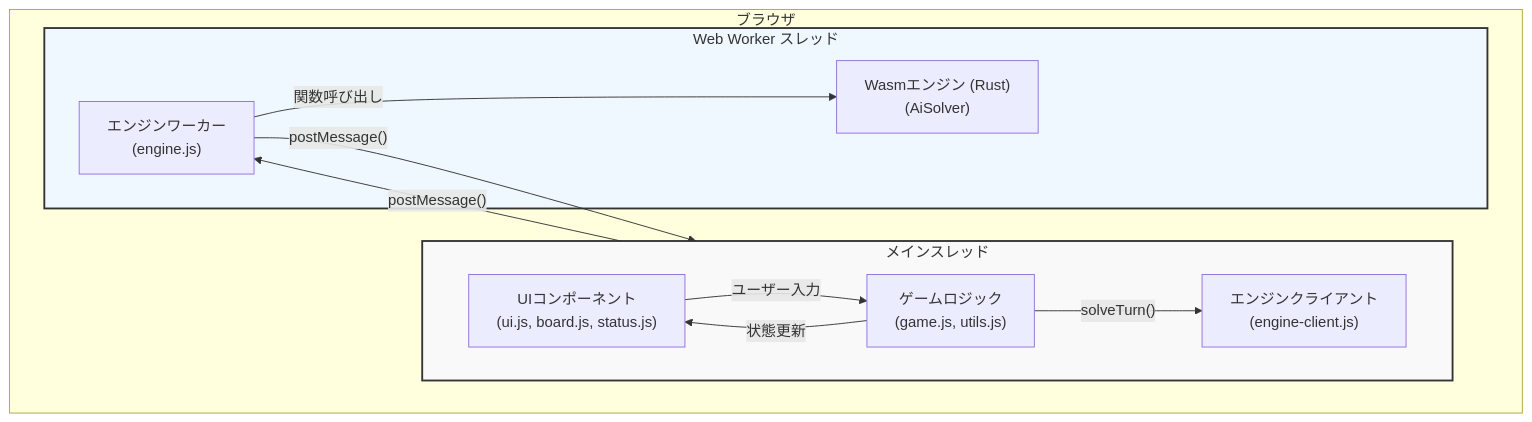
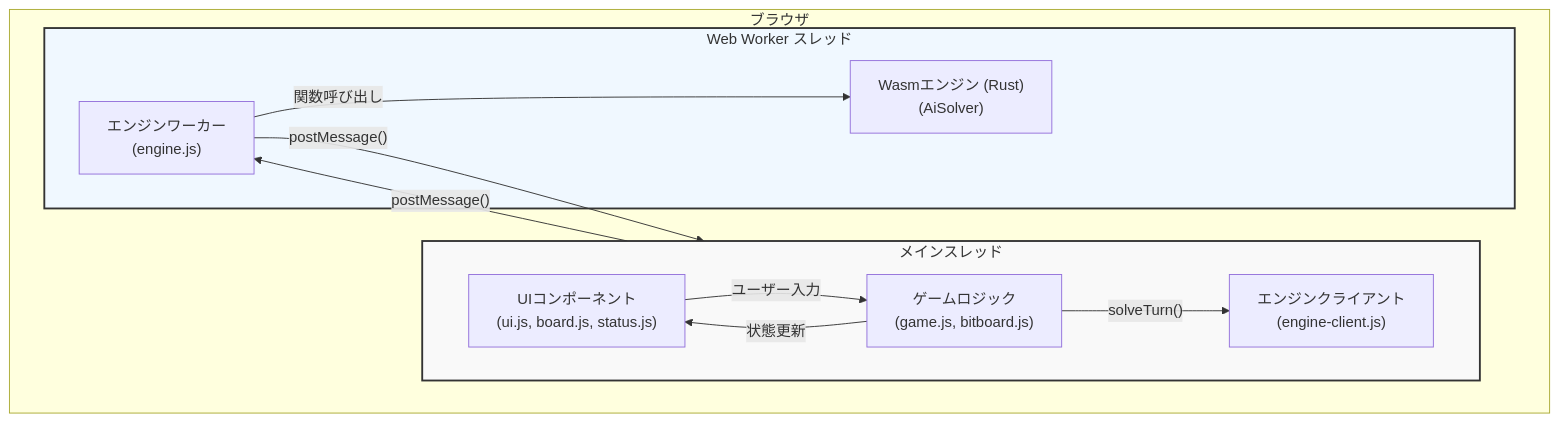
One commit to ikepggthb/deft-reversi changed the fourth of 6 diagrams in deft-reversi-web/docs/architecture.md. Above: the diagram before and after it, drawn with Mermaid. The commit also changed other lines of this file and 23 other files, not shown here.

````diff
--- a/deft-reversi-web/docs/architecture.md
+++ b/deft-reversi-web/docs/architecture.md
@@ -169,28 +169,28 @@
 ```mermaid
 graph TD
     subgraph Browser [ブラウザ]
         subgraph MainThread [メインスレッド]
             direction LR
             UIComponents["UIコンポーネント<br>(ui.js, board.js, status.js)"]
-            GameLogic["ゲームロジック<br>(game.js, utils.js)"]
+            GameLogic["ゲームロジック<br>(game.js, bitboard.js)"]
             EngineClient["エンジンクライアント<br>(engine-client.js)"]
 
             UIComponents -- "ユーザー入力" --> GameLogic
             GameLogic -- "状態更新" --> UIComponents
             GameLogic -- "solveTurn()" --> EngineClient
         end
 
         subgraph WorkerThread [Web Worker スレッド]
             EngineWorker["エンジンワーカー<br>(engine.js)"]
             WasmEngine["Wasmエンジン (Rust)<br>(AiSolver)"]
 
             EngineWorker -- "関数呼び出し" --> WasmEngine
         end
 
         EngineClient -- "postMessage()" --> EngineWorker
         EngineWorker -- "postMessage()" --> EngineClient
     end
 
     style MainThread fill:#f9f9f9,stroke:#333,stroke-width:2px
     style WorkerThread fill:#f0f8ff,stroke:#333,stroke-width:2px
 ```
````
